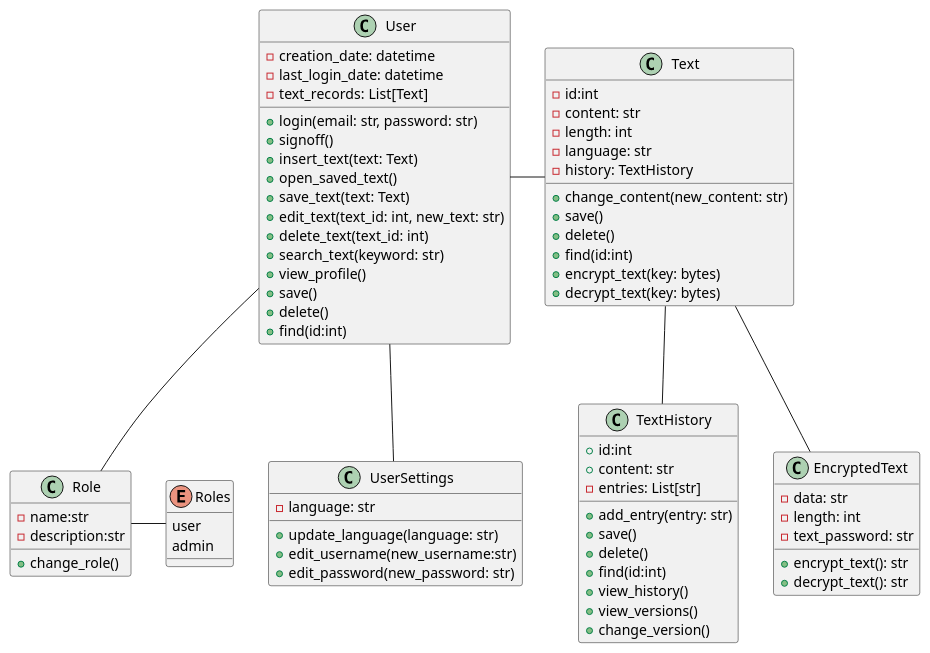
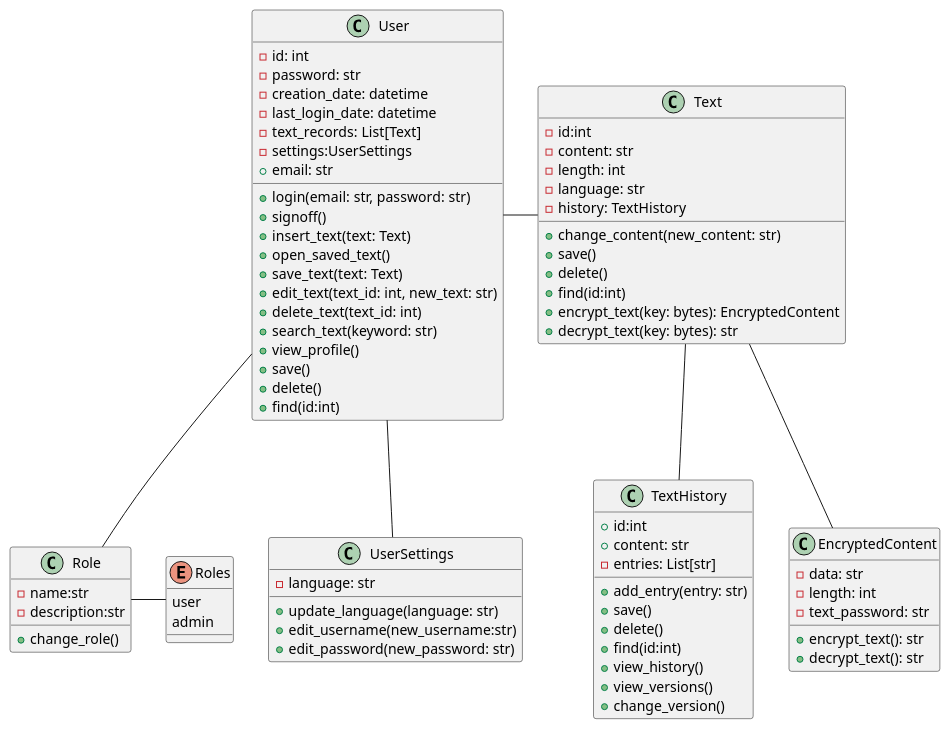
Before and after one commit to guadalupecuartara/Cifrador_UTN_CuartaraGuadalupe: the diagram in docs/class_diagram.puml, drawn with PlantUML. The commit also changed 4 other files, not shown here.

Commit message:
add text.py, text_history.py and encrypted_content.py

```diff
--- a/docs/class_diagram.puml
+++ b/docs/class_diagram.puml
@@ -1,83 +1,87 @@
 @startuml ClassDiagram
 /'class Account{
     -username: str
     -email: str
     -password: str
     -user: User
     -settings: UserSettings
     +created_account()
     +delete_account()
 }'/
 class User{
+    -id: int
+    -password: str
     -creation_date: datetime
     -last_login_date: datetime
     -text_records: List[Text]
+    -settings:UserSettings
+    +email: str
     +login(email: str, password: str)
     +signoff()
     +insert_text(text: Text)
     +open_saved_text()
     +save_text(text: Text)
     +edit_text(text_id: int, new_text: str)
     +delete_text(text_id: int)
     +search_text(keyword: str)
     +view_profile()
     +save()
     +delete()
     +find(id:int)
 }
 class UserSettings{
     -language: str
     +update_language(language: str)
     +edit_username(new_username:str)
     +edit_password(new_password: str)
 }
 class Role{
     -name:str
     -description:str
     +change_role()
 }
 enum Roles{
     user
     admin
 }
 class Text{
     -id:int
     -content: str
     -length: int
     -language: str
     -history: TextHistory
     +change_content(new_content: str)
     +save()
     +delete()
     +find(id:int)
-    +encrypt_text(key: bytes)
-    +decrypt_text(key: bytes)
+    +encrypt_text(key: bytes): EncryptedContent
+    +decrypt_text(key: bytes): str
 }
 class TextHistory{
     +id:int
     +content: str
     -entries: List[str]
     +add_entry(entry: str)
     +save()
     +delete()
     +find(id:int)
     +view_history()
     +view_versions()
     +change_version()
 }
-class EncryptedText{
+class EncryptedContent{
     -data: str
     -length: int
     -text_password: str
     +encrypt_text(): str
     +decrypt_text(): str
 }
 
 User -- Role
 Role - Roles
-Text -- EncryptedText
+Text -- EncryptedContent
 /'Account-- User'/
 User -- UserSettings
 User - Text
 Text -- TextHistory
 @enduml
```
